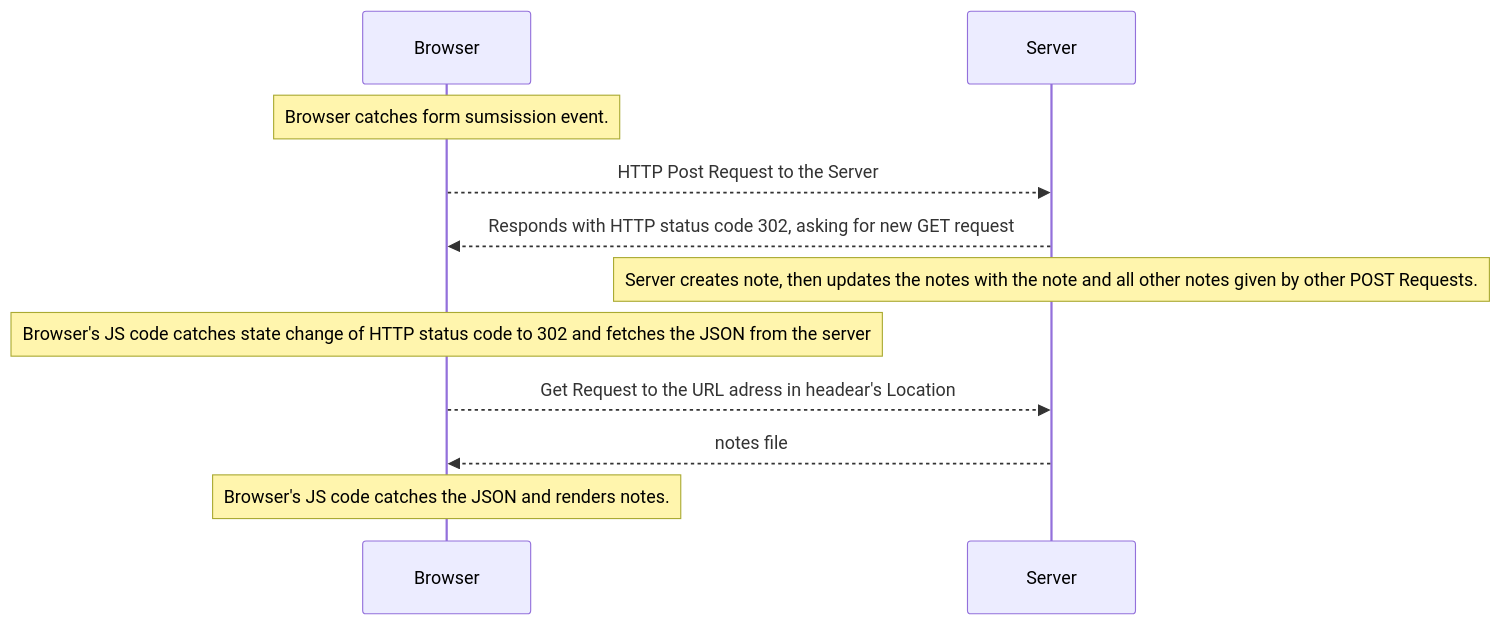
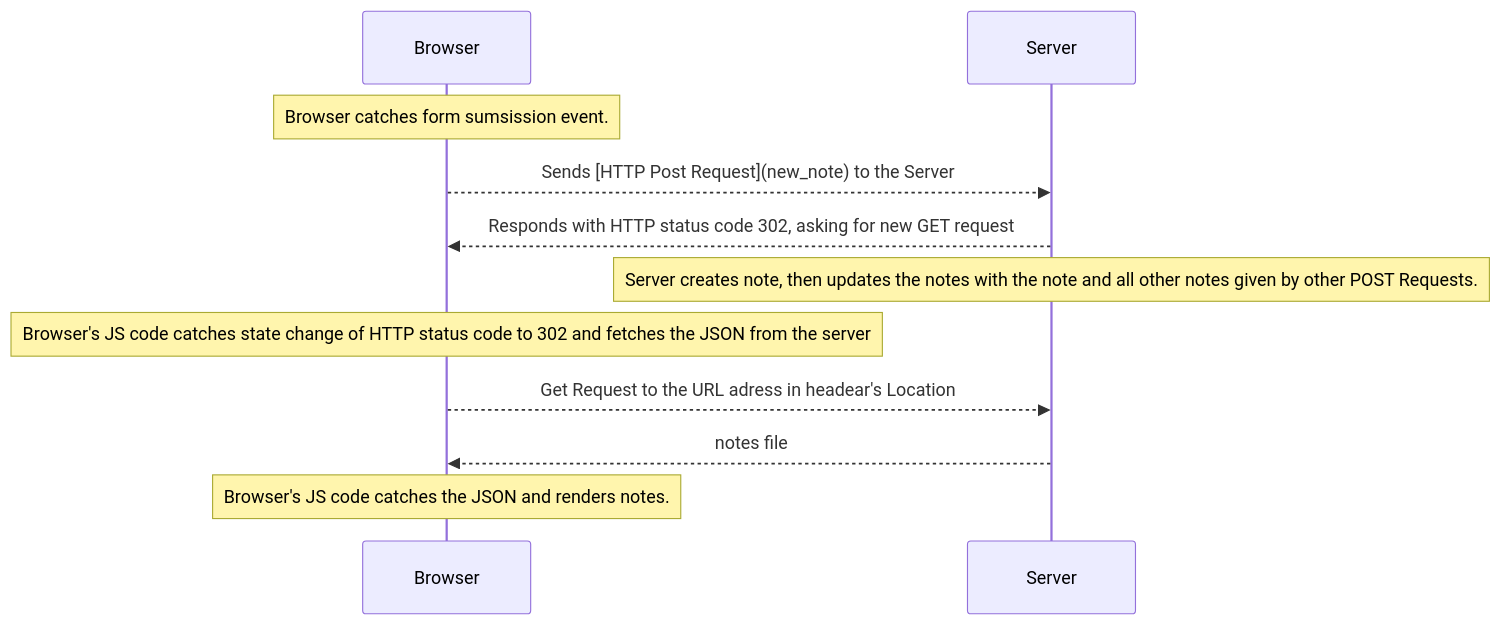
One commit to M-Maciej/FullStackOpen changed the diagram in part-0/0-4.md. Above: the diagram before and after it, drawn with Mermaid.

````diff
--- a/part-0/0-4.md
+++ b/part-0/0-4.md
@@ -1,19 +1,19 @@
 ```mermaid
   sequenceDiagram
     participant Br as Browser
     participant Se as Server
     
     %% Form handling
     Note over Br: Browser catches form sumsission event. 
-    Br-->>Se: HTTP Post Request to the Server
+    Br-->>Se: Sends [HTTP Post Request](new_note) to the Server
     Se-->>Br: Responds with HTTP status code 302, asking for new GET request
     
     %% Fetch JSON request
     Note over Se: Server creates note, then updates the notes with the note and all other notes given by other POST Requests.
     Note over Br: Browser's JS code catches state change of HTTP status code to 302 and fetches the JSON from the server
     Br-->>Se: Get Request to the URL adress in headear's Location
     Se-->>Br: notes file
     
     %% Rendering notes
     Note over Br: Browser's JS code catches the JSON and renders notes. 
 ```
````
